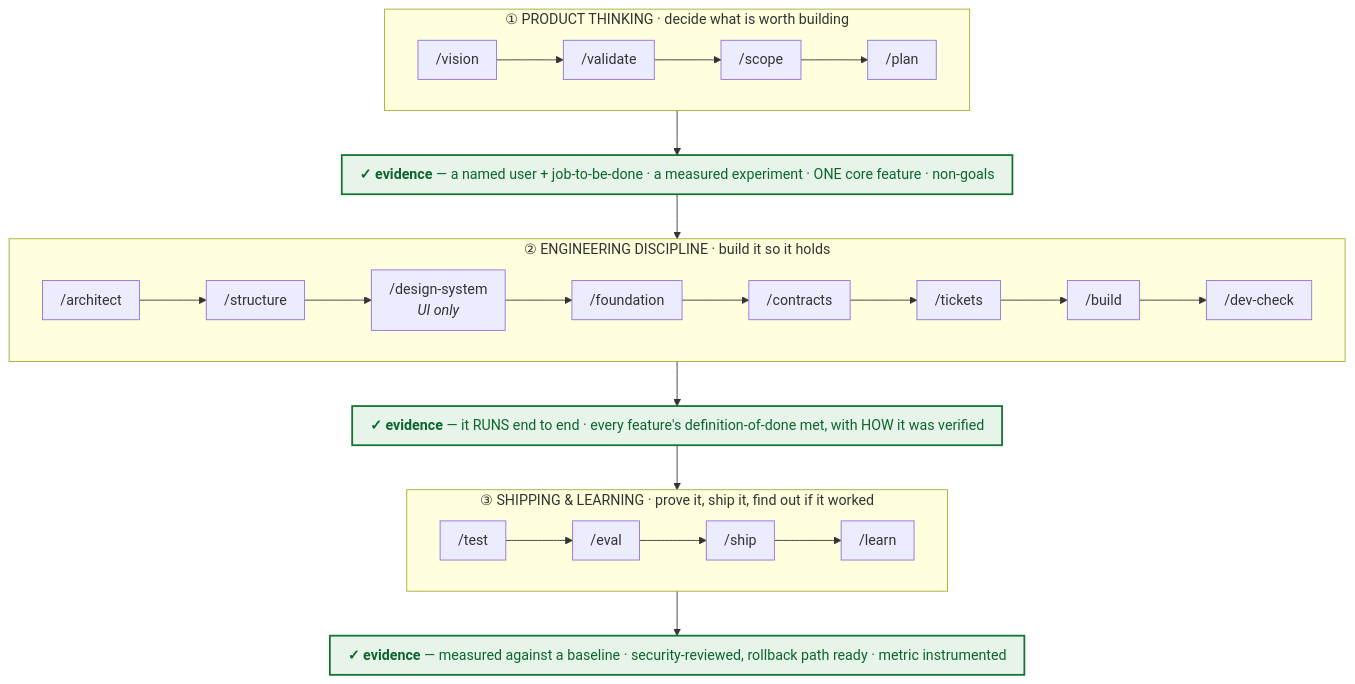
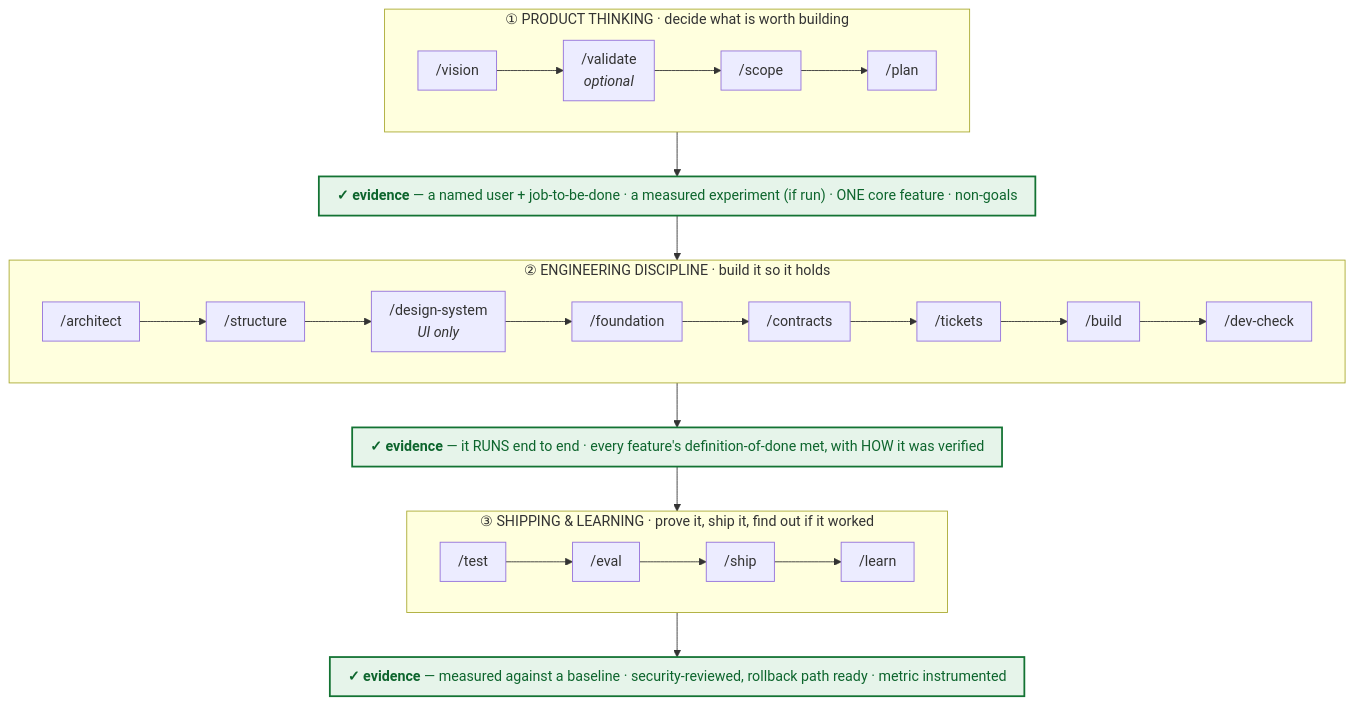
One commit to kish21/product-playbook changed the diagram in docs/diagrams/journey.mmd. Above: the diagram before and after it, drawn with Mermaid. The commit also changed 149 other files, not shown here.

```diff
--- a/docs/diagrams/journey.mmd
+++ b/docs/diagrams/journey.mmd
@@ -1,44 +1,44 @@
 %% The playbook journey: three tiers over the six phases, with the evidence gate between them.
 %% Tiers are a DISPLAY grouping only - the six phase numbers are load-bearing in 15 skill
 %% frontmatters and must never be renumbered to match this picture (see #123).
 %% Layout constraints, each found by measuring the SVG rather than by reading the source:
 %%  1. Edges are drawn SUBGRAPH-to-subgraph, never member-to-member. Mermaid silently ignores a
 %%     subgraph's `direction` the moment one of its nodes has an edge crossing the boundary, which
 %%     collapsed this into a 672x2407 column.
 %%  2. A bare `%%` line is a PARSE ERROR ("Expecting NEWLINE, SPACE, GRAPH") reported against
 %%     line 1 rather than against itself. Every comment line carries text.
 %%  3. Gates are rectangles, not circles: a circle is sized from its text badly and the last line
 %%     of the label escaped the outline.
 %%  4. Horizontal bands, not vertical columns. As columns, tier 2's eight skills made the picture
 %%     1225px tall with tiers 1 and 3 floating in whitespace beside it.
 %%  5. wrappingWidth is raised so a gate reads as a WIDE BAR spanning the picture. At the 200px
 %%     default each gate wrapped into a narrow tall block that looked like a fourth phase column
 %%     rather than a barrier across the flow.
 %% Regenerate with: sh tools/render-diagrams.sh
 %%{init: {"flowchart": {"wrappingWidth": 820, "padding": 10}}}%%
 flowchart TB
     subgraph T1[" ①  PRODUCT THINKING · decide what is worth building "]
         direction LR
-        V["/vision"] --> VA["/validate"] --> SC["/scope"] --> PL["/plan"]
+        V["/vision"] --> VA["/validate<br/><i>optional</i>"] --> SC["/scope"] --> PL["/plan"]
     end
 
-    G1["<b>✓ evidence</b> — a named user + job-to-be-done · a measured experiment · ONE core feature · non-goals"]
+    G1["<b>✓ evidence</b> — a named user + job-to-be-done · a measured experiment (if run) · ONE core feature · non-goals"]
 
     subgraph T2[" ②  ENGINEERING DISCIPLINE · build it so it holds "]
         direction LR
         AR["/architect"] --> ST["/structure"] --> DS["/design-system<br/><i>UI only</i>"] --> FO["/foundation"] --> CO["/contracts"] --> TI["/tickets"] --> BU["/build"] --> DC["/dev-check"]
     end
 
     G2["<b>✓ evidence</b> — it RUNS end to end · every feature's definition-of-done met, with HOW it was verified"]
 
     subgraph T3[" ③  SHIPPING &amp; LEARNING · prove it, ship it, find out if it worked "]
         direction LR
         TE["/test"] --> EV["/eval"] --> SH["/ship"] --> LE["/learn"]
     end
 
     G3["<b>✓ evidence</b> — measured against a baseline · security-reviewed, rollback path ready · metric instrumented"]
 
     T1 --> G1 --> T2 --> G2 --> T3 --> G3
 
     classDef gate fill:#e6f4ea,stroke:#137333,stroke-width:2px,color:#0d652d;
     class G1,G2,G3 gate;
```
